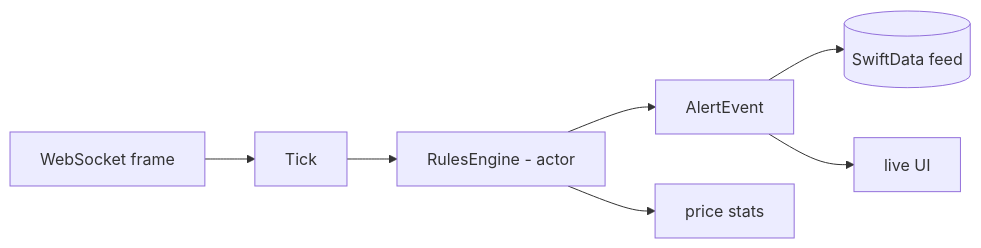
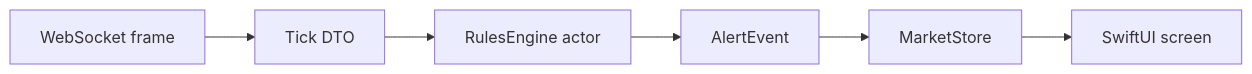
Before and after one commit to Anton-Reasin/DriftWatch: the diagram in README.md, drawn with Mermaid. The commit also changed other lines of this file and 3 other files, not shown here.

````diff
--- a/README.md
+++ b/README.md
@@ -22,9 +42,8 @@
 ```mermaid
 flowchart LR
-    WS[WebSocket frame] --> Tick[Tick]
-    Tick --> Engine[RulesEngine - actor]
+    WS[WebSocket frame] --> Tick[Tick DTO]
+    Tick --> Engine[RulesEngine actor]
     Engine --> Alert[AlertEvent]
-    Engine --> Stats[price stats]
-    Alert --> Feed[(SwiftData feed)]
-    Alert --> UI[live UI]
+    Alert --> Store[MarketStore]
+    Store --> UI[SwiftUI screen]
 ```
````
